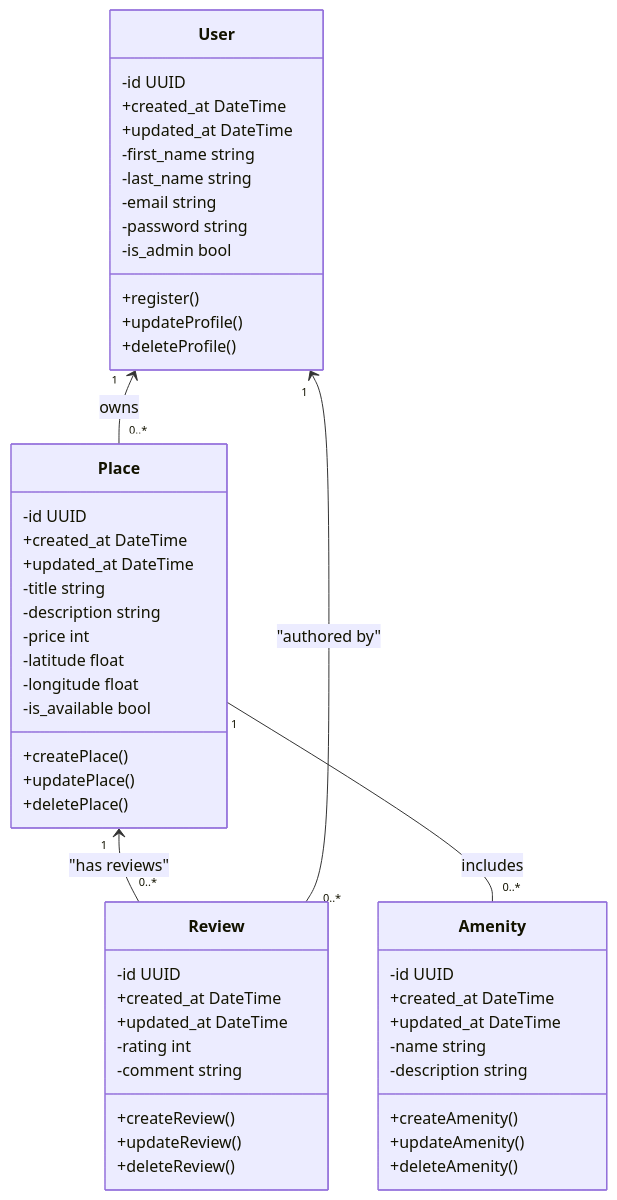
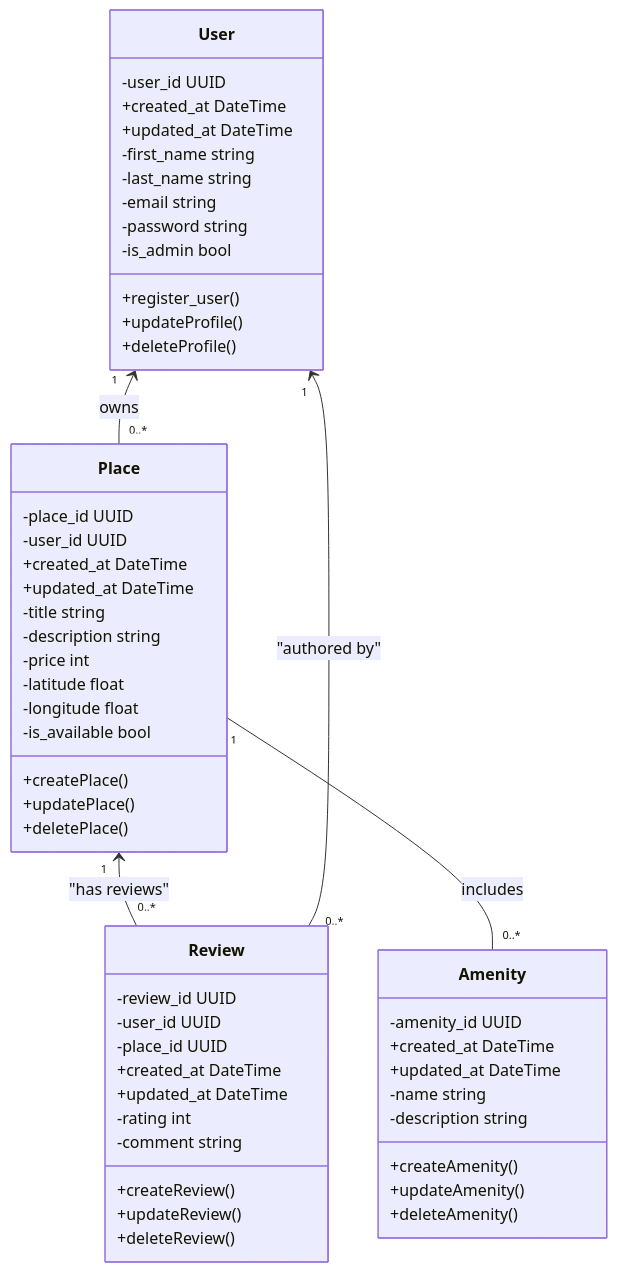
The diagram in part1/class_diagram.md (mnarzaid247-stack/holbertonschool-hbnb), drawn with Mermaid before and after one commit. The commit also changed 3 other files, not shown here.

First line of the commit message:
refactor(docs): update class diagram attribute names and clean up documentation

````diff
--- a/part1/class_diagram.md
+++ b/part1/class_diagram.md
@@ -9,64 +9,67 @@
 ```mermaid
 classDiagram
         class User {
-                -id UUID
+                -user_id UUID
                 +created_at DateTime
                 +updated_at DateTime
                 -first_name string
                 -last_name string
                 -email string
                 -password string
                 -is_admin bool
-                +register()
+                +register_user()
                 +updateProfile()
                 +deleteProfile()
         }
 
         class Place {
-                -id UUID
+                -place_id UUID
+                -user_id UUID
                 +created_at DateTime
                 +updated_at DateTime
                 -title string
                 -description string
                 -price int
                 -latitude float
                 -longitude float
                 -is_available bool
                 +createPlace()
                 +updatePlace()
                 +deletePlace()
         }
 
         class Amenity {
-                -id UUID
+                -amenity_id UUID
                 +created_at DateTime
                 +updated_at DateTime
                 -name string
                 -description string
                 +createAmenity()
                 +updateAmenity()
                 +deleteAmenity()
         }
 
                 %% Note: many-to-many between Place and Amenity is shown directly below
 
         class Review {
-                -id UUID
+                -review_id UUID
+                -user_id UUID
+                -place_id UUID
                 +created_at DateTime
                 +updated_at DateTime
                 -rating int
                 -comment string
                 +createReview()
                 +updateReview()
                 +deleteReview()
         }
 
         %% Relationships with explicit cardinality
         User "1" <-- "0..*" Place : owns
         Place "1" <-- "0..*" Review : "has reviews"
         User "1" <-- "0..*" Review : "authored by"
 
                 %% Conceptual direct one-to-many between Place and Amenity
                 Place "1" -- "0..*" Amenity : includes
 
 ```
````
